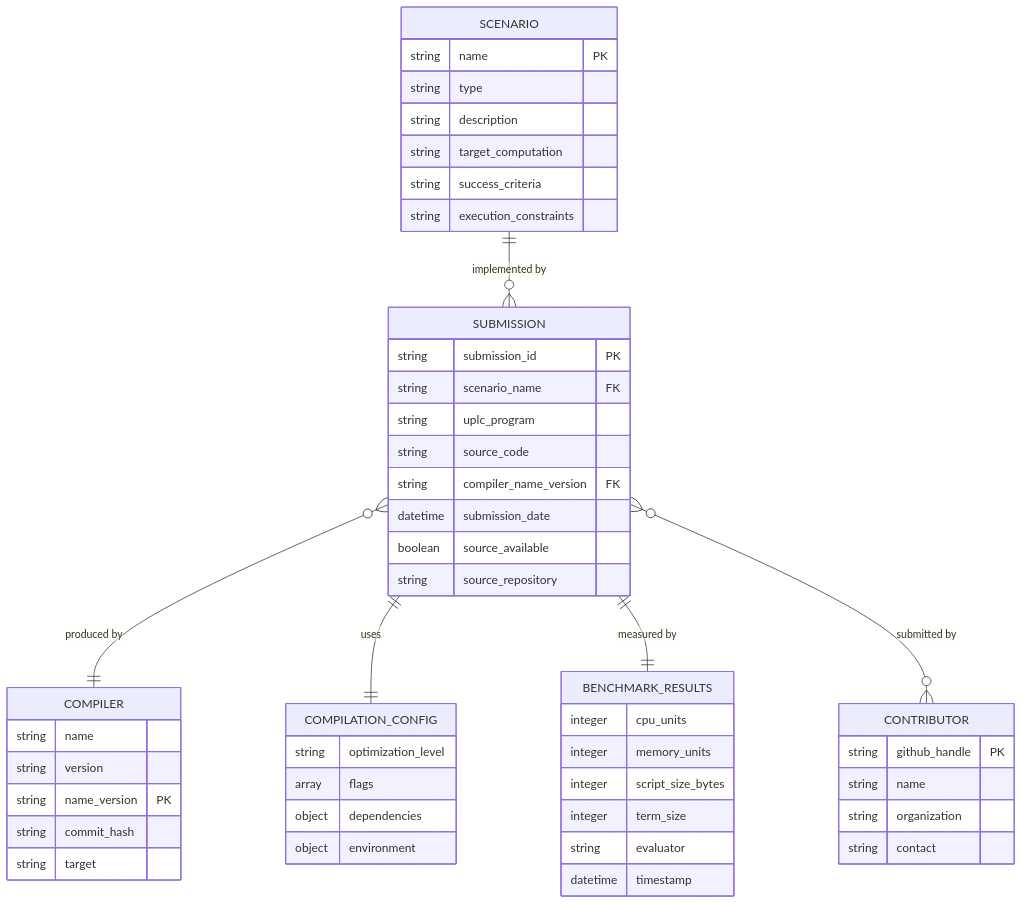
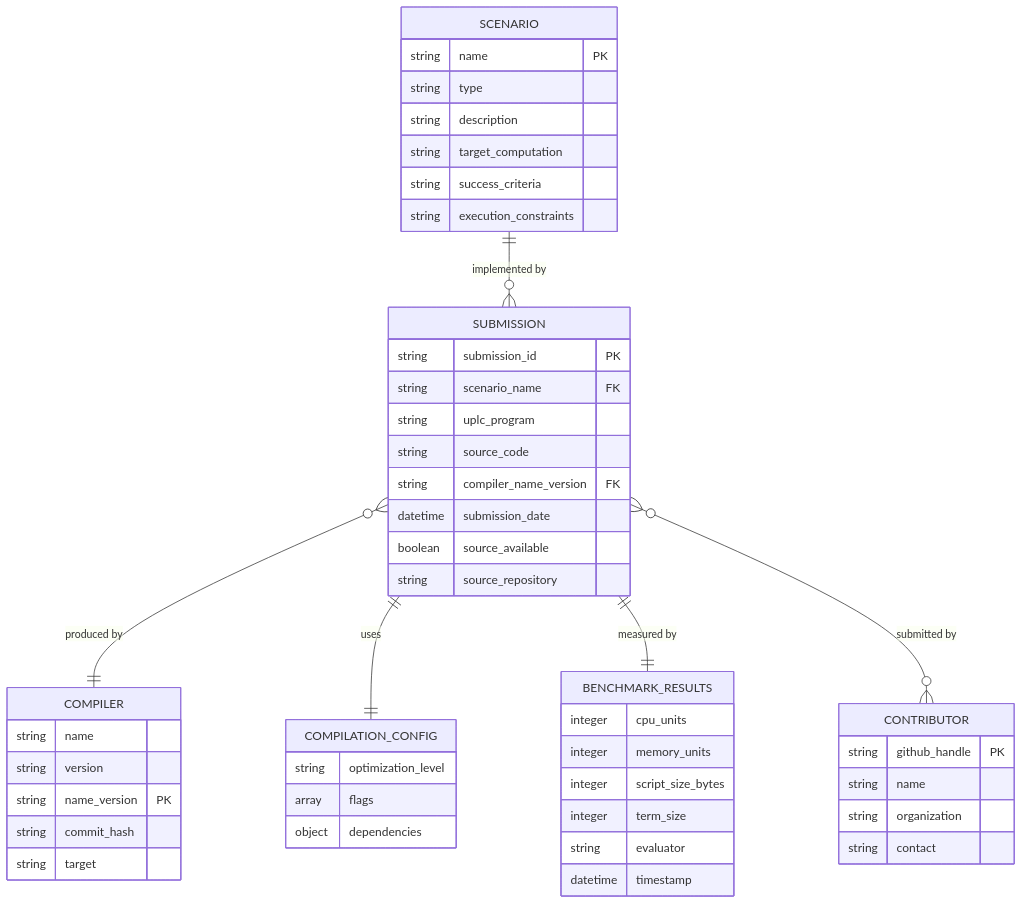
Before and after one commit to IntersectMBO/UPLC-CAPE: the diagram in doc/domain-model.md, drawn with Mermaid. The commit also changed other lines of this file and 14 other files, not shown here.

````diff
--- a/doc/domain-model.md
+++ b/doc/domain-model.md
@@ -118,59 +117,58 @@
 ```mermaid
 erDiagram
     SCENARIO ||--o{ SUBMISSION : "implemented by"
     SUBMISSION }o--|| COMPILER : "produced by"
     SUBMISSION ||--|| COMPILATION_CONFIG : "uses"
     SUBMISSION ||--|| BENCHMARK_RESULTS : "measured by"
     SUBMISSION }o--o{ CONTRIBUTOR : "submitted by"
 
     SCENARIO {
         string name PK
         string type
         string description
         string target_computation
         string success_criteria
         string execution_constraints
     }
 
     SUBMISSION {
         string submission_id PK
         string scenario_name FK
         string uplc_program
         string source_code
         string compiler_name_version FK
         datetime submission_date
         boolean source_available
         string source_repository
     }
 
     COMPILER {
         string name
         string version
         string name_version PK
         string commit_hash
         string target
     }
 
     COMPILATION_CONFIG {
         string optimization_level
         array flags
         object dependencies
-        object environment
     }
 
     BENCHMARK_RESULTS {
         integer cpu_units
         integer memory_units
         integer script_size_bytes
         integer term_size
         string evaluator
         datetime timestamp
     }
 
     CONTRIBUTOR {
         string github_handle PK
         string name
         string organization
         string contact
     }
 ```
````
